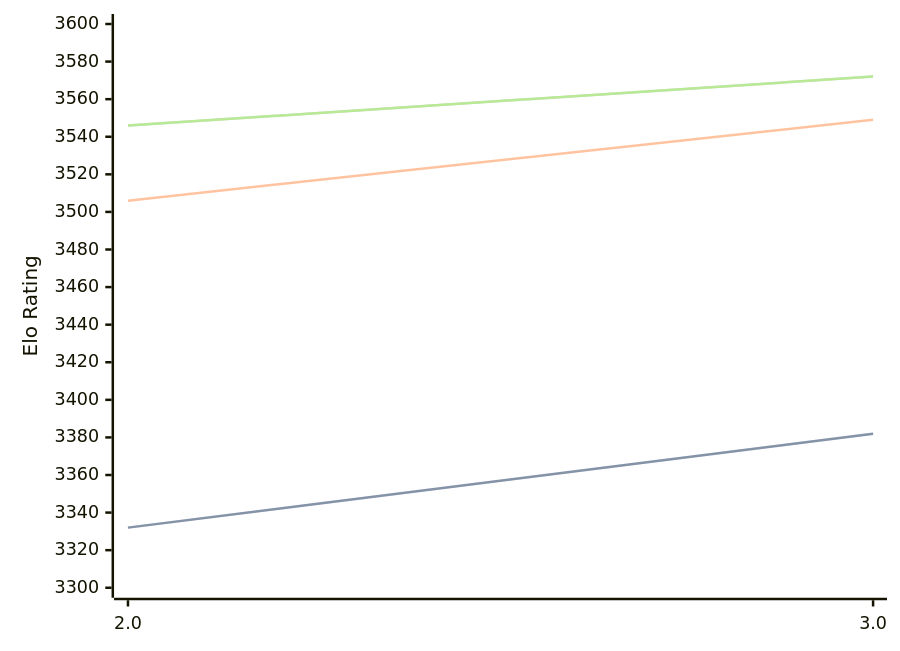
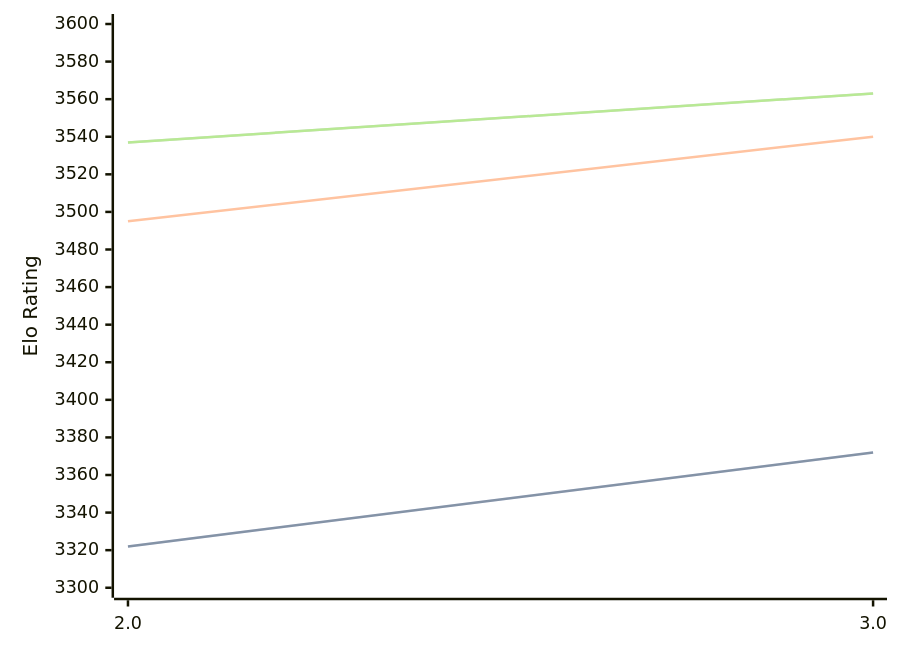
Before and after one commit to computer-chess-index/cci: the diagram in engines/Quanticade.md, drawn with Mermaid. The commit also changed other lines of this file, not shown here.

Commit message:
Update CCI Ratings (ELO VLTC) - 2026-03-19

````diff
--- a/engines/Quanticade.md
+++ b/engines/Quanticade.md
@@ -39,11 +39,11 @@
 ```mermaid
 %%{init: {"theme":"base","themeVariables":{"seriesColors:['#a3a3a3','#222221','#faa371']}}}%%
 xychart-beta
   x-axis ["2.0", "3.0"]
   y-axis "Elo Rating" 3300 --> 3600
-  line "STC (8.0+0.08s)" [3332, 3382]
-  line "STC (8.0+0.08s)" [3332, 3382]
-  line "LTC (60.0+0.60s)" [3506, 3549]
-  line "VLTC (2m24s+1.12s)" [3546, 3572]
-  line "VLTC (2m24s+1.12s)" [3546, 3572]
+  line "STC (8.0+0.08s)" [3322, 3372]
+  line "STC (8.0+0.08s)" [3322, 3372]
+  line "LTC (60.0+0.60s)" [3495, 3540]
+  line "VLTC (2m24s+1.12s)" [3537, 3563]
+  line "VLTC (2m24s+1.12s)" [3537, 3563]
 ```
````
